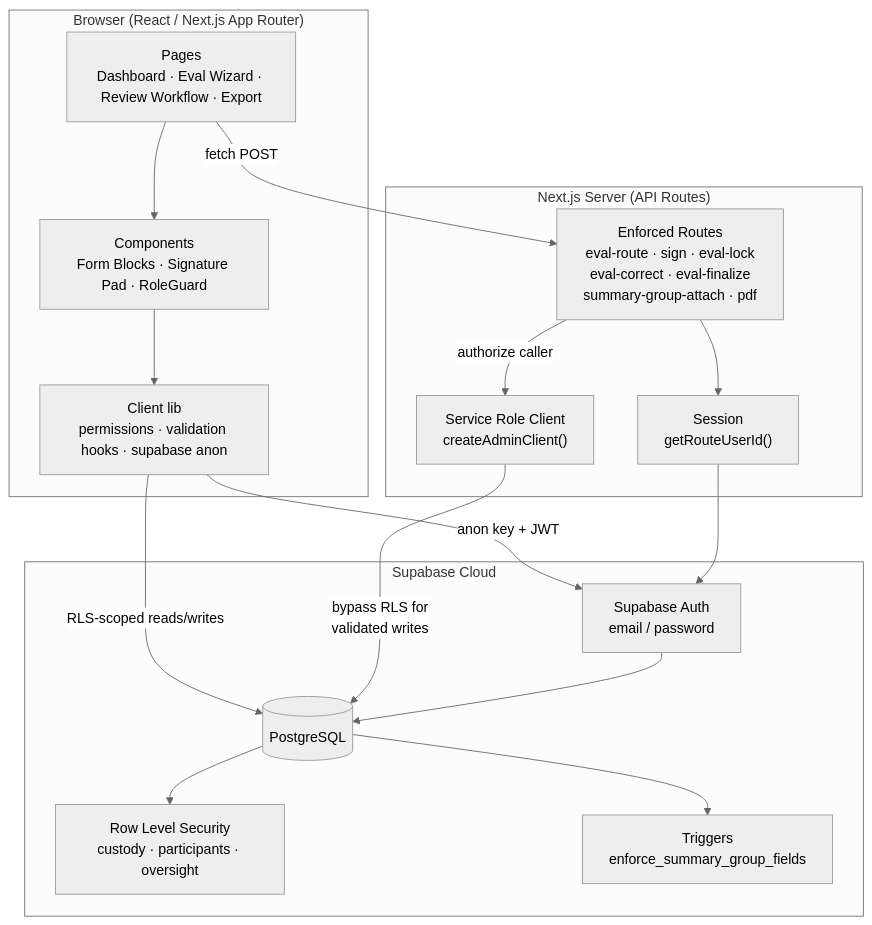
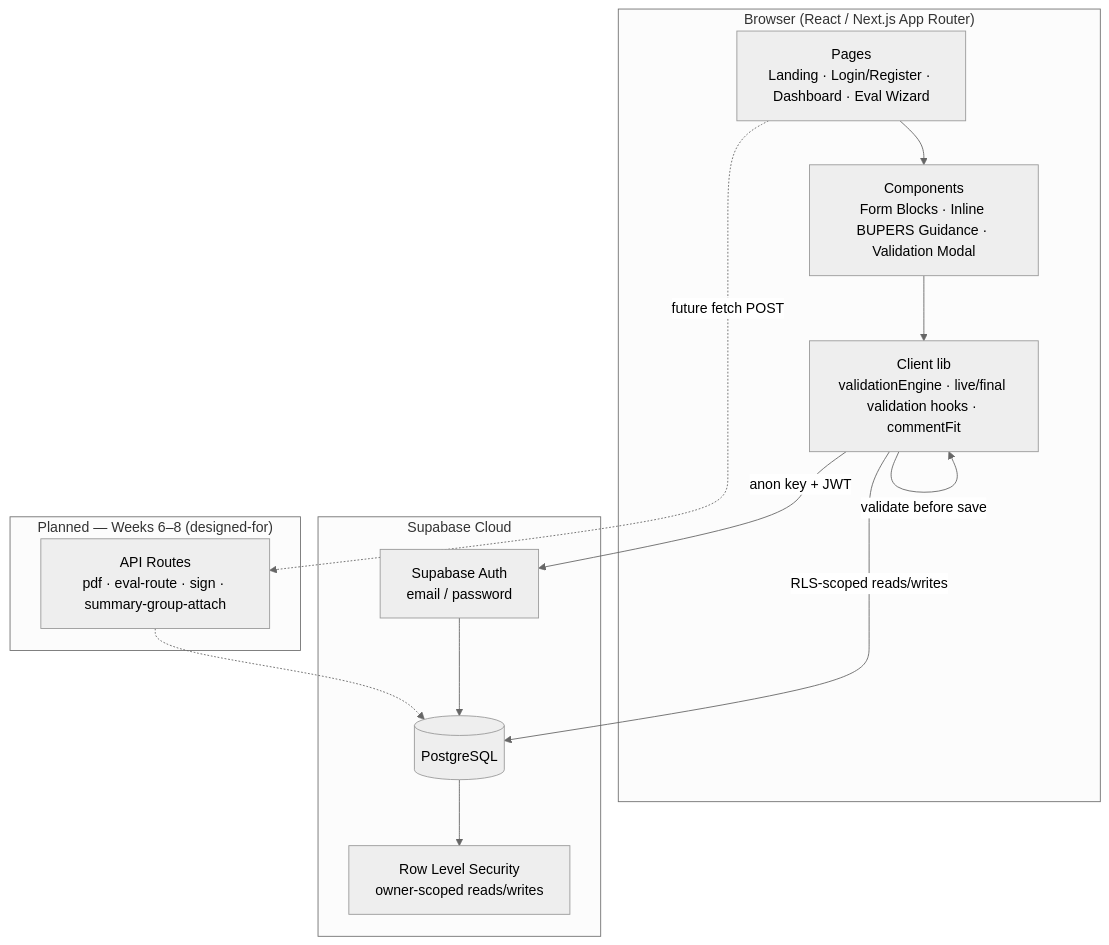
Before and after one commit to dainjaruss/apex: the first of 5 diagrams in docs/milestone/04-architecture-diagram.md, drawn with Mermaid (neutral theme). The commit also changed other lines of this file and 3 other files, not shown here.

````diff
--- a/docs/milestone/04-architecture-diagram.md
+++ b/docs/milestone/04-architecture-diagram.md
@@ -11,36 +13,30 @@
 ```mermaid
 flowchart TB
   subgraph Client["Browser (React / Next.js App Router)"]
-    Pages["Pages<br/>Dashboard · Eval Wizard · Review Workflow · Export"]
-    Components["Components<br/>Form Blocks · Signature Pad · RoleGuard"]
-    LibClient["Client lib<br/>permissions · validation hooks · supabase anon"]
-  end
-
-  subgraph Server["Next.js Server (API Routes)"]
-    Auth["Session<br/>getRouteUserId()"]
-    Routes["Enforced Routes<br/>eval-route · sign · eval-lock<br/>eval-correct · eval-finalize<br/>summary-group-attach · pdf"]
-    AdminClient["Service Role Client<br/>createAdminClient()"]
+    Pages["Pages<br/>Landing · Login/Register · Dashboard · Eval Wizard"]
+    Components["Components<br/>Form Blocks · Inline BUPERS Guidance · Validation Modal"]
+    LibClient["Client lib<br/>validationEngine · live/final validation hooks · commentFit"]
   end
 
   subgraph Supabase["Supabase Cloud"]
     AuthSvc["Supabase Auth<br/>email / password"]
     DB[("PostgreSQL")]
-    RLS["Row Level Security<br/>custody · participants · oversight"]
-    Triggers["Triggers<br/>enforce_summary_group_fields"]
+    RLS["Row Level Security<br/>owner-scoped reads/writes"]
+  end
+
+  subgraph Planned["Planned — Weeks 6–8 (designed-for)"]
+    Routes["API Routes<br/>pdf · eval-route · sign · summary-group-attach"]
   end
 
   Pages --> Components
   Components --> LibClient
+  LibClient -->|"validate before save"| LibClient
   LibClient -->|"anon key + JWT"| AuthSvc
   LibClient -->|"RLS-scoped reads/writes"| DB
 
-  Pages -->|"fetch POST"| Routes
-  Routes --> Auth
-  Auth --> AuthSvc
-  Routes -->|"authorize caller"| AdminClient
-  AdminClient -->|"bypass RLS for<br/>validated writes"| DB
+  Pages -.->|"future fetch POST"| Routes
+  Routes -.-> DB
 
+  AuthSvc --> DB
   DB --> RLS
-  DB --> Triggers
-  AuthSvc --> DB
 ```
````
